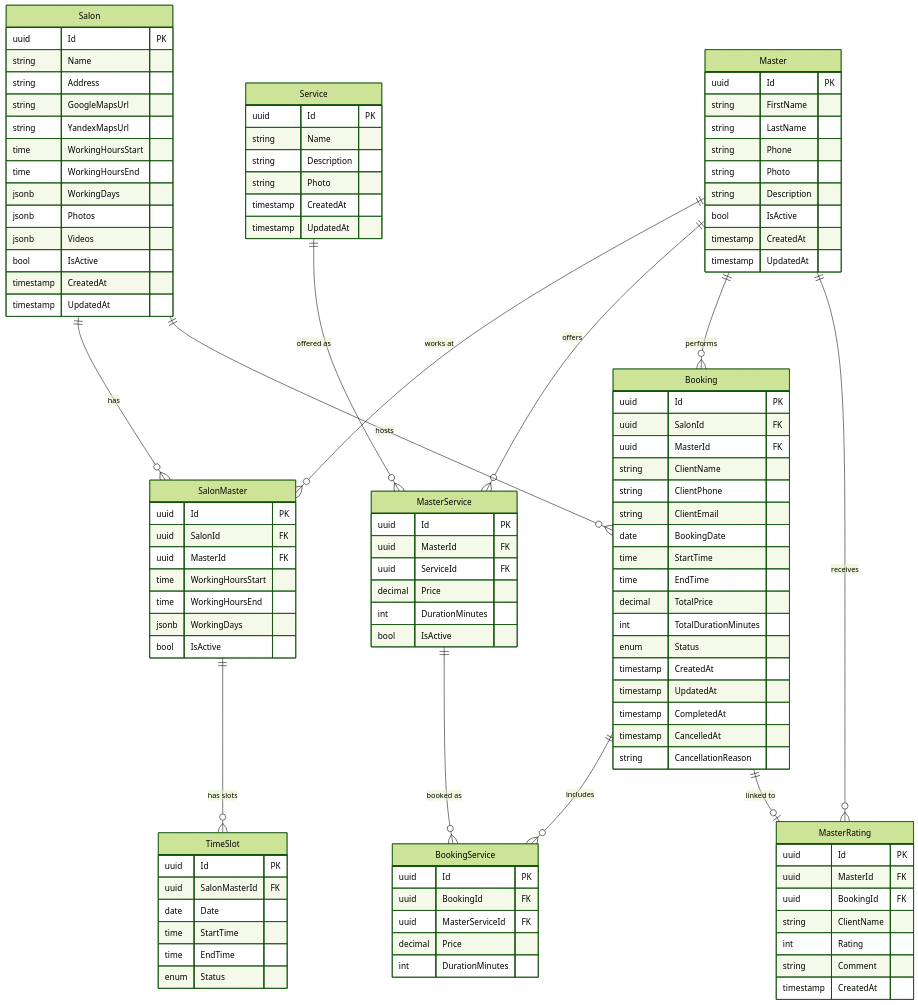
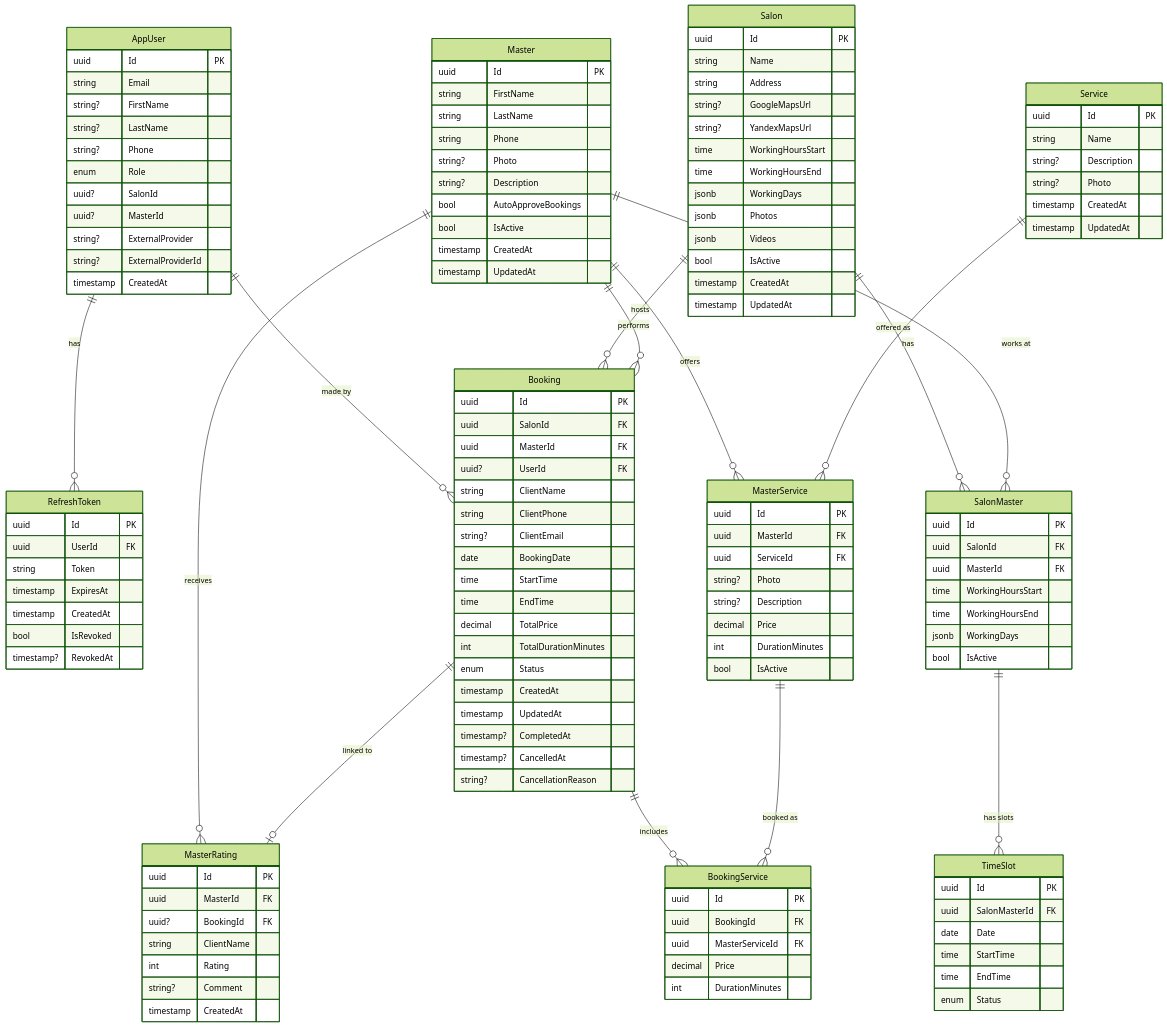
Before and after one commit to whoisyouridol/bookio: the diagram in ARCHITECTURE.md, drawn with Mermaid (forest theme). The commit also changed other lines of this file and 24 other files, not shown here.

First line of the commit message:
feat: master social registration, AppUser activation gate, and DB/doc cleanup

````diff
--- a/ARCHITECTURE.md
+++ b/ARCHITECTURE.md
@@ -41,11 +41,35 @@
 ```mermaid
 erDiagram
+    AppUser {
+        uuid Id PK
+        string Email
+        string? FirstName
+        string? LastName
+        string? Phone
+        enum Role
+        uuid? SalonId
+        uuid? MasterId
+        string? ExternalProvider
+        string? ExternalProviderId
+        timestamp CreatedAt
+    }
+
+    RefreshToken {
+        uuid Id PK
+        uuid UserId FK
+        string Token
+        timestamp ExpiresAt
+        timestamp CreatedAt
+        bool IsRevoked
+        timestamp? RevokedAt
+    }
+
     Salon {
         uuid Id PK
         string Name
         string Address
-        string GoogleMapsUrl
-        string YandexMapsUrl
+        string? GoogleMapsUrl
+        string? YandexMapsUrl
         time WorkingHoursStart
         time WorkingHoursEnd
         jsonb WorkingDays
@@ -61,8 +85,9 @@
         string FirstName
         string LastName
         string Phone
-        string Photo
-        string Description
+        string? Photo
+        string? Description
+        bool AutoApproveBookings
         bool IsActive
         timestamp CreatedAt
         timestamp UpdatedAt
@@ -81,8 +106,8 @@
     Service {
         uuid Id PK
         string Name
-        string Description
-        string Photo
+        string? Description
+        string? Photo
         timestamp CreatedAt
         timestamp UpdatedAt
     }
@@ -91,6 +116,8 @@
         uuid Id PK
         uuid MasterId FK
         uuid ServiceId FK
+        string? Photo
+        string? Description
         decimal Price
         int DurationMinutes
         bool IsActive
@@ -109,9 +136,10 @@
         uuid Id PK
         uuid SalonId FK
         uuid MasterId FK
+        uuid? UserId FK
         string ClientName
         string ClientPhone
-        string ClientEmail
+        string? ClientEmail
         date BookingDate
         time StartTime
         time EndTime
@@ -120,9 +148,9 @@
         enum Status
         timestamp CreatedAt
         timestamp UpdatedAt
-        timestamp CompletedAt
-        timestamp CancelledAt
-        string CancellationReason
+        timestamp? CompletedAt
+        timestamp? CancelledAt
+        string? CancellationReason
     }
 
     BookingService {
@@ -136,13 +164,15 @@
     MasterRating {
         uuid Id PK
         uuid MasterId FK
-        uuid BookingId FK
+        uuid? BookingId FK
         string ClientName
         int Rating
-        string Comment
+        string? Comment
         timestamp CreatedAt
     }
 
+    AppUser ||--o{ RefreshToken : "has"
+    AppUser ||--o{ Booking : "made by"
     Salon ||--o{ SalonMaster : "has"
     Master ||--o{ SalonMaster : "works at"
     SalonMaster ||--o{ TimeSlot : "has slots"
````
